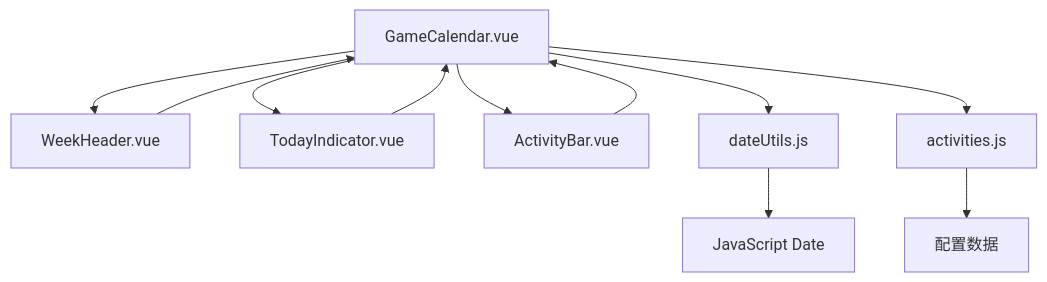
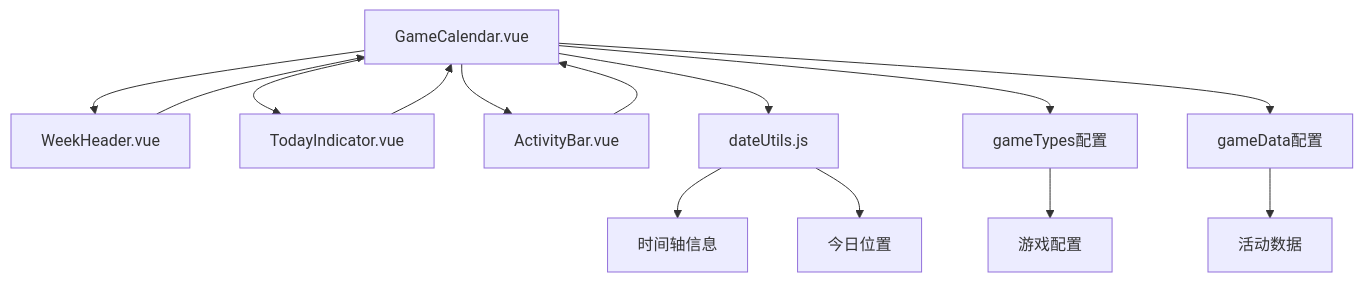
One commit to xuanyulingnfeg/gameCalendar changed the ninth of 10 diagrams in .qoder/repowiki/zh/content/核心组件/GameCalendar 主容器组件.md. Above: the diagram before and after it, drawn with Mermaid. The commit also changed other lines of this file and 5 other files, not shown here.

````diff
--- a/.qoder/repowiki/zh/content/核心组件/GameCalendar 主容器组件.md
+++ b/.qoder/repowiki/zh/content/核心组件/GameCalendar 主容器组件.md
@@ -402,13 +392,16 @@
 ```mermaid
 graph TD
 GameCalendar[GameCalendar.vue] --> WeekHeader[WeekHeader.vue]
 GameCalendar --> TodayIndicator[TodayIndicator.vue]
 GameCalendar --> ActivityBar[ActivityBar.vue]
 GameCalendar --> DateUtils[dateUtils.js]
-GameCalendar --> Activities[activities.js]
+GameCalendar --> GameTypes[gameTypes配置]
+GameCalendar --> GameData[gameData配置]
 ActivityBar --> GameCalendar
 WeekHeader --> GameCalendar
 TodayIndicator --> GameCalendar
-DateUtils --> JavaScriptDate[JavaScript Date]
-Activities --> ConfigData[配置数据]
+DateUtils --> TimelineInfo[时间轴信息]
+DateUtils --> TodayPosition[今日位置]
+GameTypes --> GameConfig[游戏配置]
+GameData --> ActivityData[活动数据]
 ```
````
